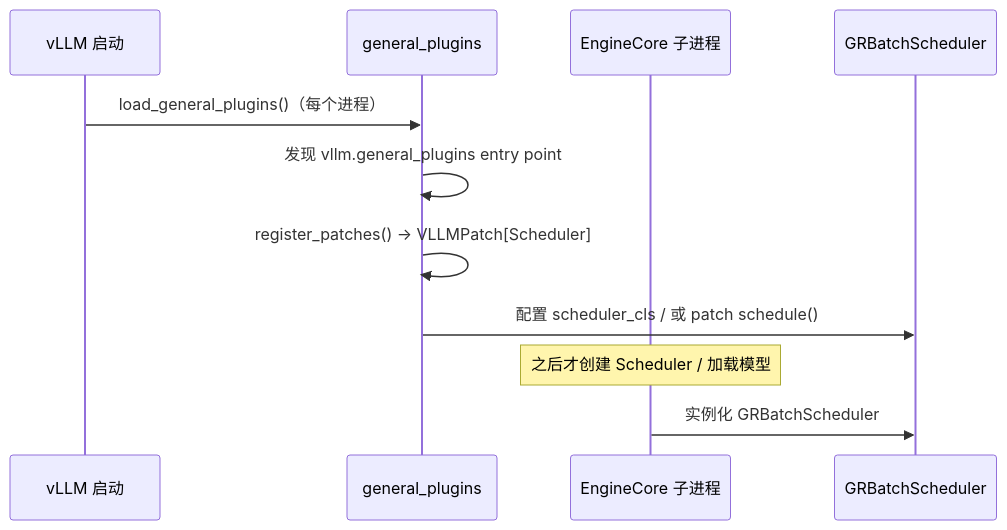
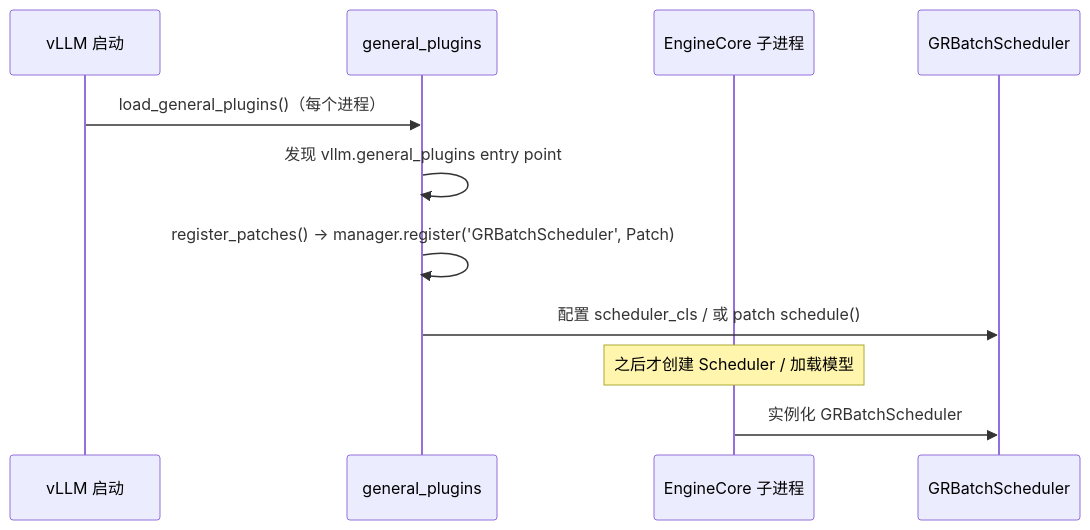
One commit to ZhiYunpenghuawei/p1 changed the tenth of 10 diagrams in scheduler_plugin_architecture.md. Above: the diagram before and after it, drawn with Mermaid. The commit also changed other lines of this file, not shown here.

````diff
--- a/scheduler_plugin_architecture.md
+++ b/scheduler_plugin_architecture.md
@@ -436,14 +494,14 @@
 ```mermaid
 sequenceDiagram
     participant VP as vLLM 启动
     participant PL as general_plugins
     participant EC as EngineCore 子进程
     participant SC as GRBatchScheduler
 
     VP->>PL: load_general_plugins()（每个进程）
     PL->>PL: 发现 vllm.general_plugins entry point
-    PL->>PL: register_patches() → VLLMPatch[Scheduler]
+    PL->>PL: register_patches() → manager.register('GRBatchScheduler', Patch)
     PL->>SC: 配置 scheduler_cls / 或 patch schedule()
     Note over EC: 之后才创建 Scheduler / 加载模型
     EC->>SC: 实例化 GRBatchScheduler
 ```
````
